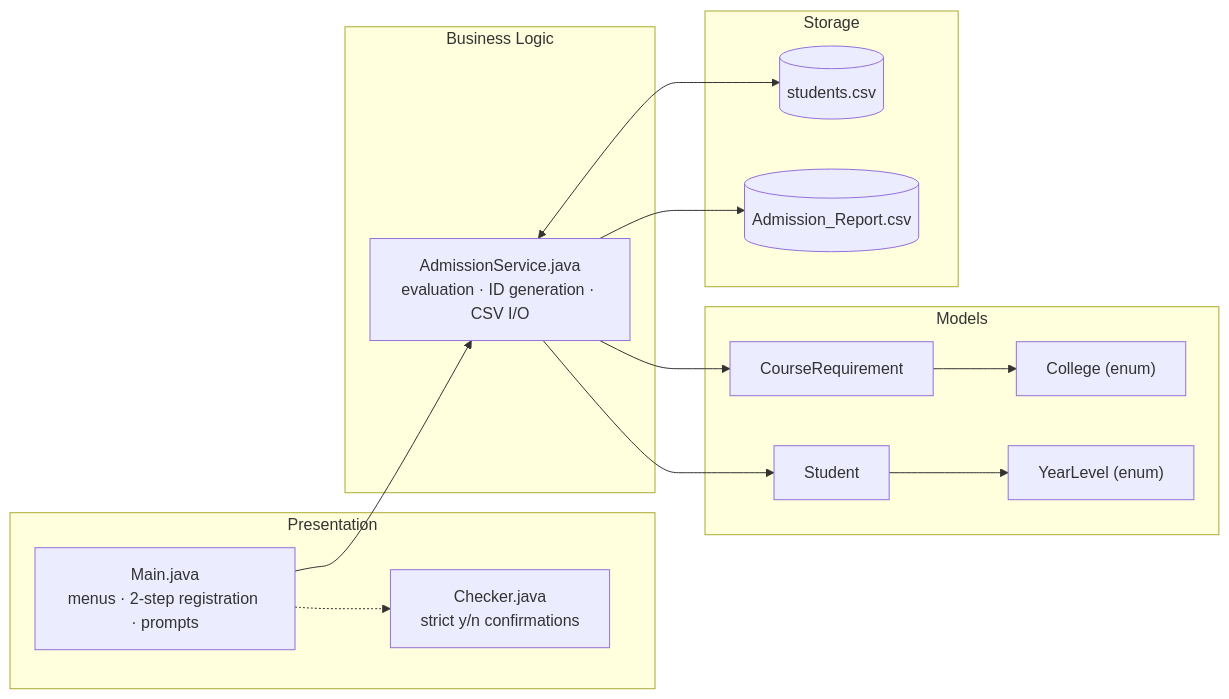
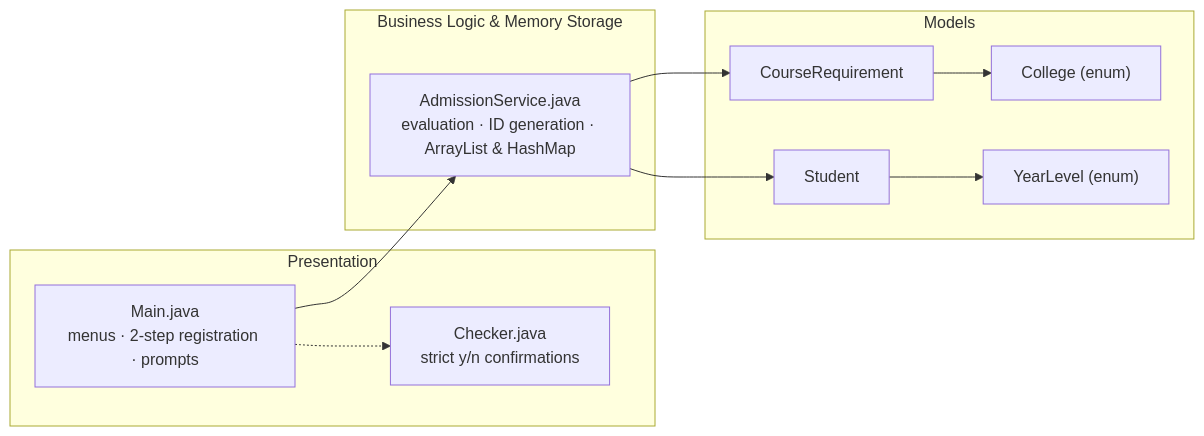
One commit to NA0r3n/SchoolAdmission-JavaBased-System changed the second of 2 diagrams in README.md. Above: the diagram before and after it, drawn with Mermaid. The commit also changed other lines of this file and 5 other files, not shown here.

````diff
--- a/README.md
+++ b/README.md
@@ -221,28 +201,22 @@
 ```mermaid
 flowchart LR
     subgraph UI ["Presentation"]
         MAIN["Main.java<br/>menus · 2-step registration · prompts"]
         CHK["Checker.java<br/>strict y/n confirmations"]
     end
-    subgraph LOGIC ["Business Logic"]
-        SVC["AdmissionService.java<br/>evaluation · ID generation · CSV I/O"]
+    subgraph LOGIC ["Business Logic & Memory Storage"]
+        SVC["AdmissionService.java<br/>evaluation · ID generation · ArrayList & HashMap"]
     end
     subgraph MODEL ["Models"]
         STU["Student"]
         REQ["CourseRequirement"]
         COL["College (enum)"]
         YR["YearLevel (enum)"]
     end
-    subgraph DATA ["Storage"]
-        DB[("students.csv")]
-        REP[("Admission_Report.csv")]
-    end
 
     MAIN --> SVC
     MAIN -.-> CHK
     SVC --> STU & REQ
     REQ --> COL
     STU --> YR
-    SVC <--> DB
-    SVC --> REP
 ```
````
